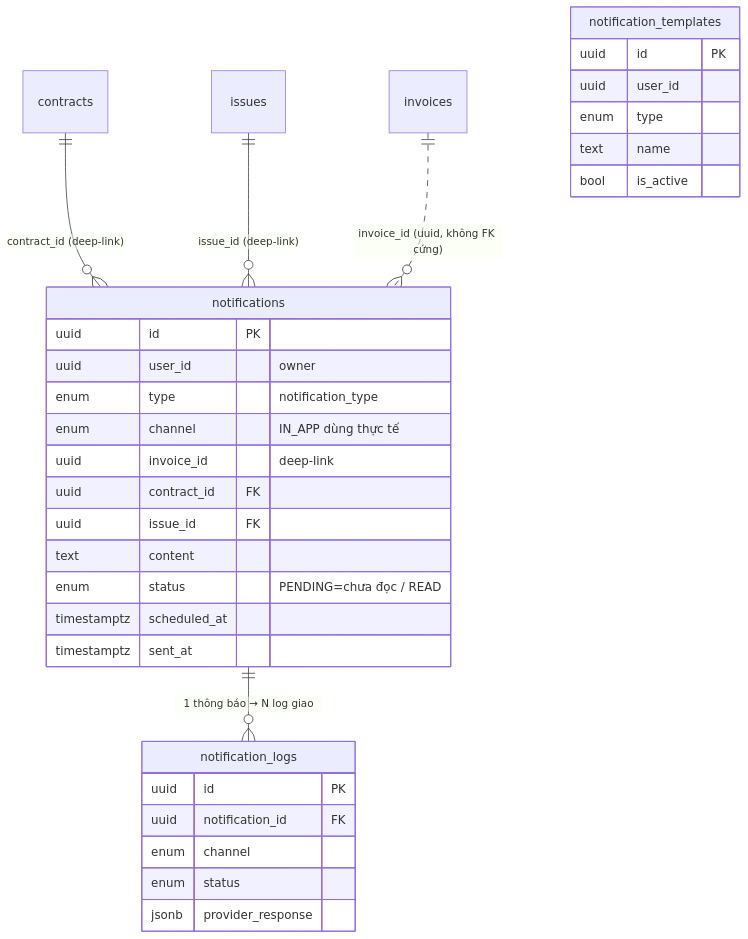
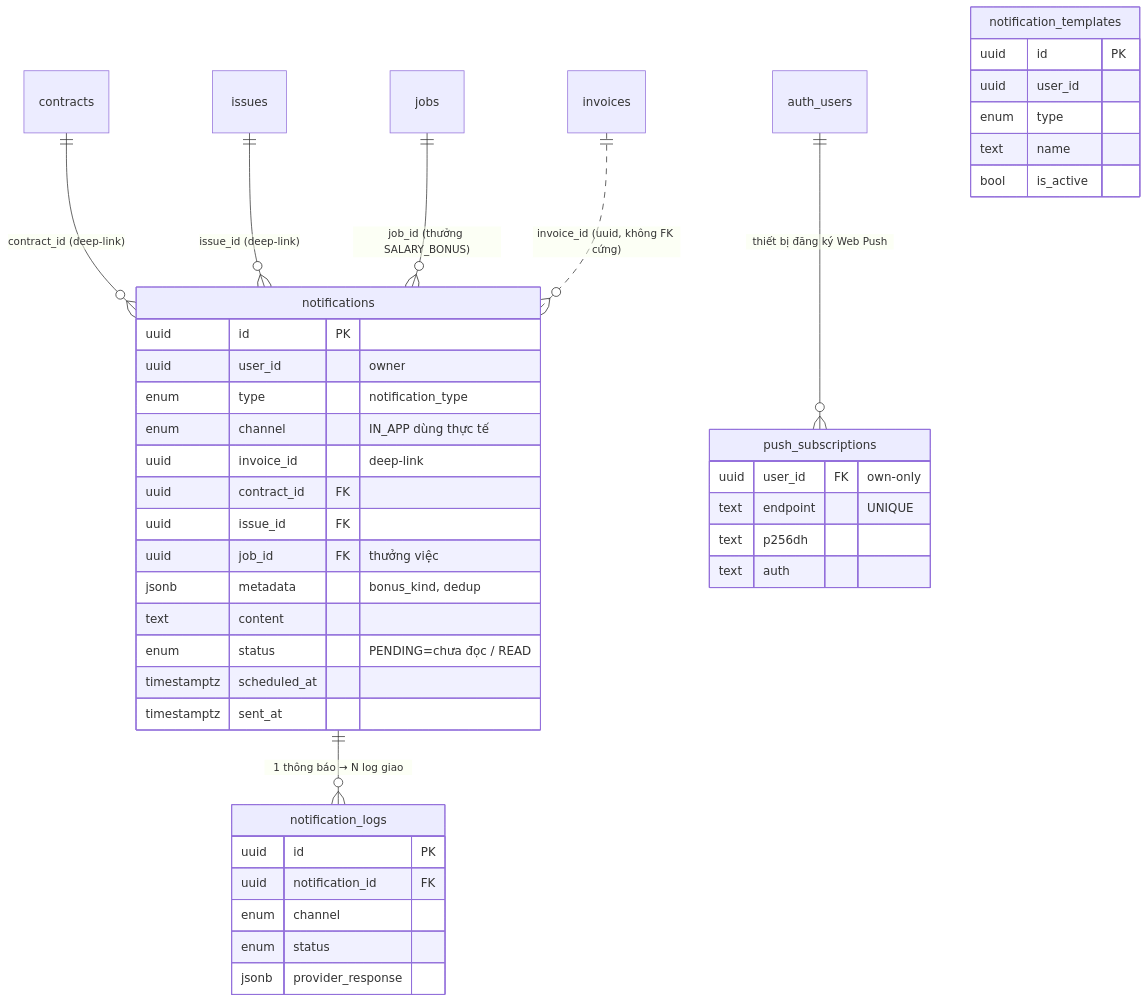
One commit to zxGreenxz/whiteboard-ihomecrm changed the first of 4 diagrams in docs/he-thong/13-bao-cao-dashboard-thong-bao.md. Above: the diagram before and after it, drawn with Mermaid. The commit also changed other lines of this file and 20 other files, not shown here.

````diff
--- a/docs/he-thong/13-bao-cao-dashboard-thong-bao.md
+++ b/docs/he-thong/13-bao-cao-dashboard-thong-bao.md
@@ -144,35 +169,45 @@
 ```mermaid
 erDiagram
     notifications ||--o{ notification_logs : "1 thông báo → N log giao"
     contracts ||--o{ notifications : "contract_id (deep-link)"
     issues ||--o{ notifications : "issue_id (deep-link)"
+    jobs ||--o{ notifications : "job_id (thưởng SALARY_BONUS)"
     invoices ||..o{ notifications : "invoice_id (uuid, không FK cứng)"
+    auth_users ||--o{ push_subscriptions : "thiết bị đăng ký Web Push"
 
     notifications {
         uuid id PK
         uuid user_id "owner"
         enum type "notification_type"
         enum channel "IN_APP dùng thực tế"
         uuid invoice_id "deep-link"
         uuid contract_id FK
         uuid issue_id FK
+        uuid job_id FK "thưởng việc"
+        jsonb metadata "bonus_kind, dedup"
         text content
         enum status "PENDING=chưa đọc / READ"
         timestamptz scheduled_at
         timestamptz sent_at
+    }
+    push_subscriptions {
+        uuid user_id FK "own-only"
+        text endpoint "UNIQUE"
+        text p256dh
+        text auth
     }
     notification_logs {
         uuid id PK
         uuid notification_id FK
         enum channel
         enum status
         jsonb provider_response
     }
     notification_templates {
         uuid id PK
         uuid user_id
         enum type
         text name
         bool is_active
     }
 ```
````
